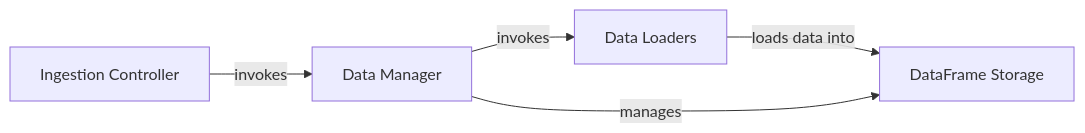
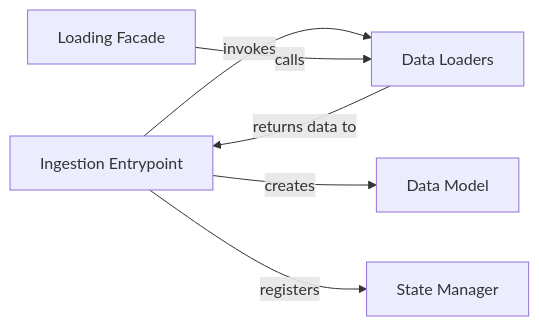
The diagram in dtale/Data_Ingestion_Layer.md (CodeBoarding/GeneratedOnBoardings), drawn with Mermaid before and after one commit. The commit also changed other lines of this file and 8 other files, not shown here.

````diff
--- a/dtale/Data_Ingestion_Layer.md
+++ b/dtale/Data_Ingestion_Layer.md
@@ -1,11 +1,13 @@
 ```mermaid
 graph LR
-    Ingestion_Controller["Ingestion Controller"]
-    Data_Manager["Data Manager"]
+    Ingestion_Entrypoint["Ingestion Entrypoint"]
     Data_Loaders["Data Loaders"]
-    DataFrame_Storage["DataFrame Storage"]
-    Ingestion_Controller -- "invokes" --> Data_Manager
-    Data_Manager -- "invokes" --> Data_Loaders
-    Data_Loaders -- "loads data into" --> DataFrame_Storage
-    Data_Manager -- "manages" --> DataFrame_Storage
+    Loading_Facade["Loading Facade"]
+    Data_Model["Data Model"]
+    State_Manager["State Manager"]
+    Ingestion_Entrypoint -- "invokes" --> Data_Loaders
+    Ingestion_Entrypoint -- "creates" --> Data_Model
+    Ingestion_Entrypoint -- "registers" --> State_Manager
+    Loading_Facade -- "calls" --> Data_Loaders
+    Data_Loaders -- "returns data to" --> Ingestion_Entrypoint
 ```
````
